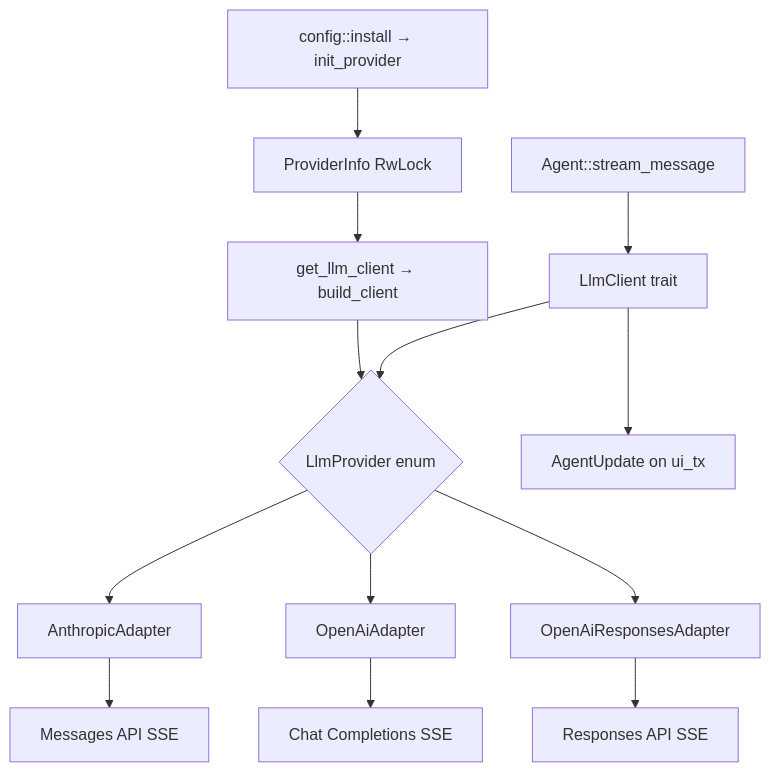
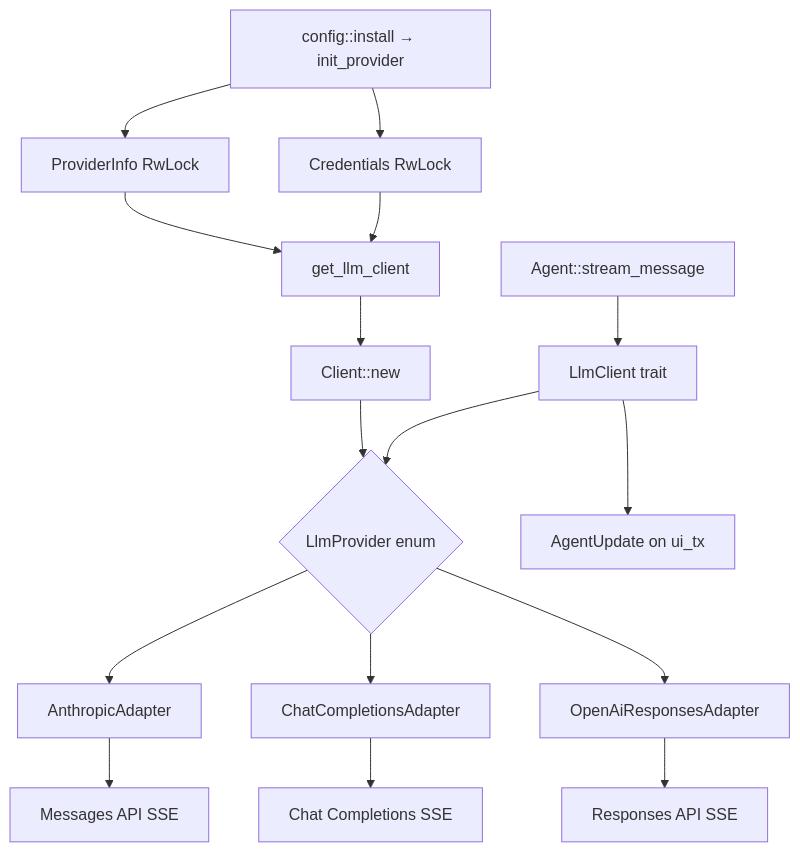
The first of 5 diagrams in book/22_chapter_llm_zh.md (rust-infra/tact), drawn with Mermaid before and after one commit. The commit also changed other lines of this file and 344 other files, not shown here.

````diff
--- a/book/22_chapter_llm_zh.md
+++ b/book/22_chapter_llm_zh.md
@@ -15,15 +15,18 @@
 ```mermaid
 flowchart TB
     Config[config::install → init_provider] --> PI[ProviderInfo RwLock]
-    PI --> Build[get_llm_client → build_client]
+    Config --> Cred[Credentials RwLock]
+    PI --> Get[get_llm_client]
+    Cred --> Get
+    Get --> Build[Client::new]
     Build --> LP{LlmProvider enum}
     LP --> Anthropic[AnthropicAdapter]
-    LP --> OpenAi[OpenAiAdapter]
+    LP --> ChatCompletions[ChatCompletionsAdapter]
     LP --> Responses[OpenAiResponsesAdapter]
     Anthropic --> API1[Messages API SSE]
-    OpenAi --> API2[Chat Completions SSE]
+    ChatCompletions --> API2[Chat Completions SSE]
     Responses --> API3[Responses API SSE]
     Agent[Agent::stream_message] --> LlmClient[LlmClient trait]
     LlmClient --> LP
     LlmClient --> TUI[AgentUpdate on ui_tx]
 ```
````
